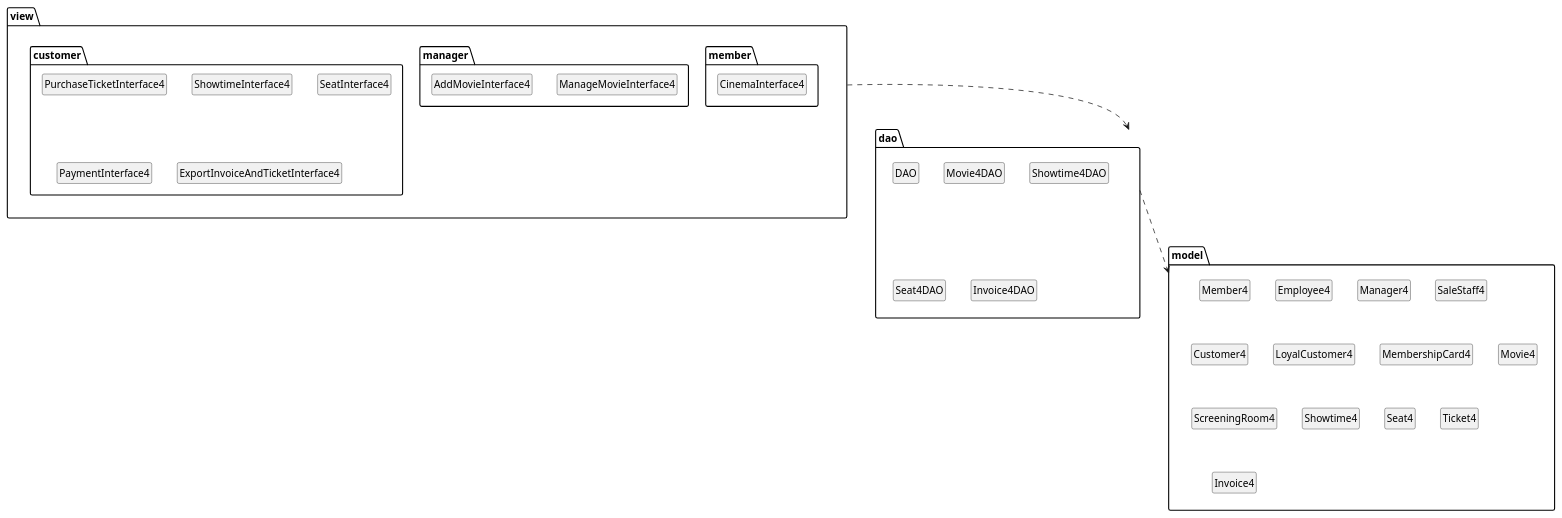
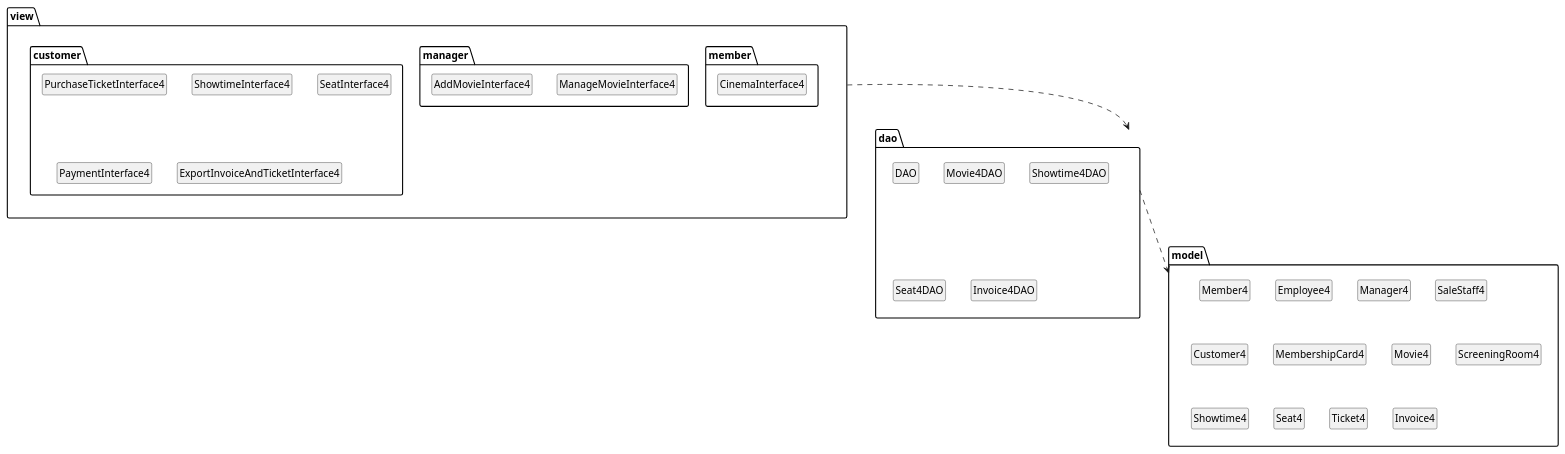
The diagram in PTTK/pakage.puml (hnam584/CineMan_13), drawn with PlantUML before and after one commit. The commit also changed 40 other files, not shown here.

```diff
--- a/PTTK/pakage.puml
+++ b/PTTK/pakage.puml
@@ -1,51 +1,50 @@
 @startuml
 skinparam monochrome true
 skinparam packageStyle folder
 skinparam shadowing false
 hide circle
 hide empty members
 
 package "view" {
     package "member" {
         class CinemaInterface4
     }
     package "manager" {
         class ManageMovieInterface4
         class AddMovieInterface4
     }
     package "customer" {
         class PurchaseTicketInterface4
         class ShowtimeInterface4
         class SeatInterface4
         class PaymentInterface4
         class ExportInvoiceAndTicketInterface4
     }
 }
 
 package "dao" {
     class DAO
     class Movie4DAO
     class Showtime4DAO
     class Seat4DAO
     class Invoice4DAO
 }
 
 package "model" {
     class Member4
     class Employee4
     class Manager4
     class SaleStaff4
     class Customer4
-    class LoyalCustomer4
     class MembershipCard4
     class Movie4
     class ScreeningRoom4
     class Showtime4
     class Seat4
     class Ticket4
     class Invoice4
 }
 
 view ..> dao
 dao ..> model
 @enduml
```
